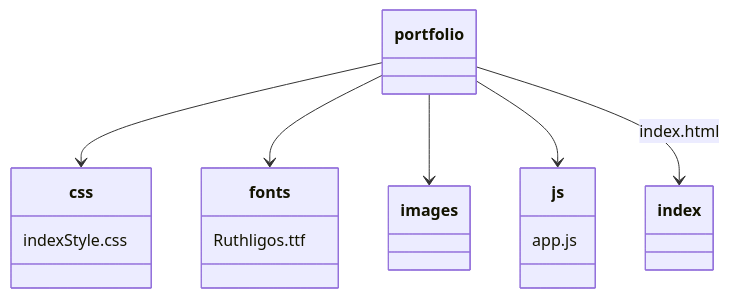
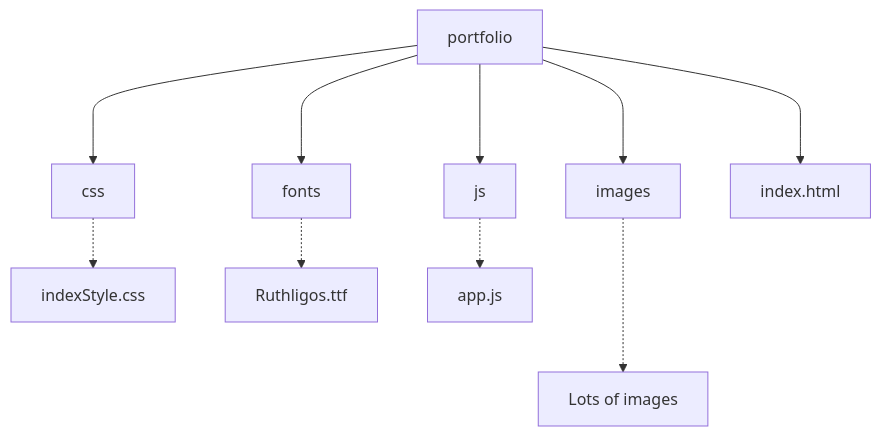
The diagram in README.md (KartikVerma0/portfolio), drawn with Mermaid before and after one commit.

````diff
--- a/README.md
+++ b/README.md
@@ -6,12 +6,8 @@
 ```mermaid
-classDiagram
-portfolio --> css
-portfolio --> fonts
-portfolio --> images
-portfolio --> js
-portfolio --> index : index.html
-
-css:indexStyle.css
-js:app.js
-fonts:Ruthligos.ttf
+flowchart TB
+portfolio ---> css-.->indexStyle.css
+portfolio ---> fonts-.->Ruthligos.ttf
+portfolio ---> images-..->image[Lots of images]
+portfolio ---> js-.->app.js
+portfolio ---> indexFile["index.html"]
 ```
````
